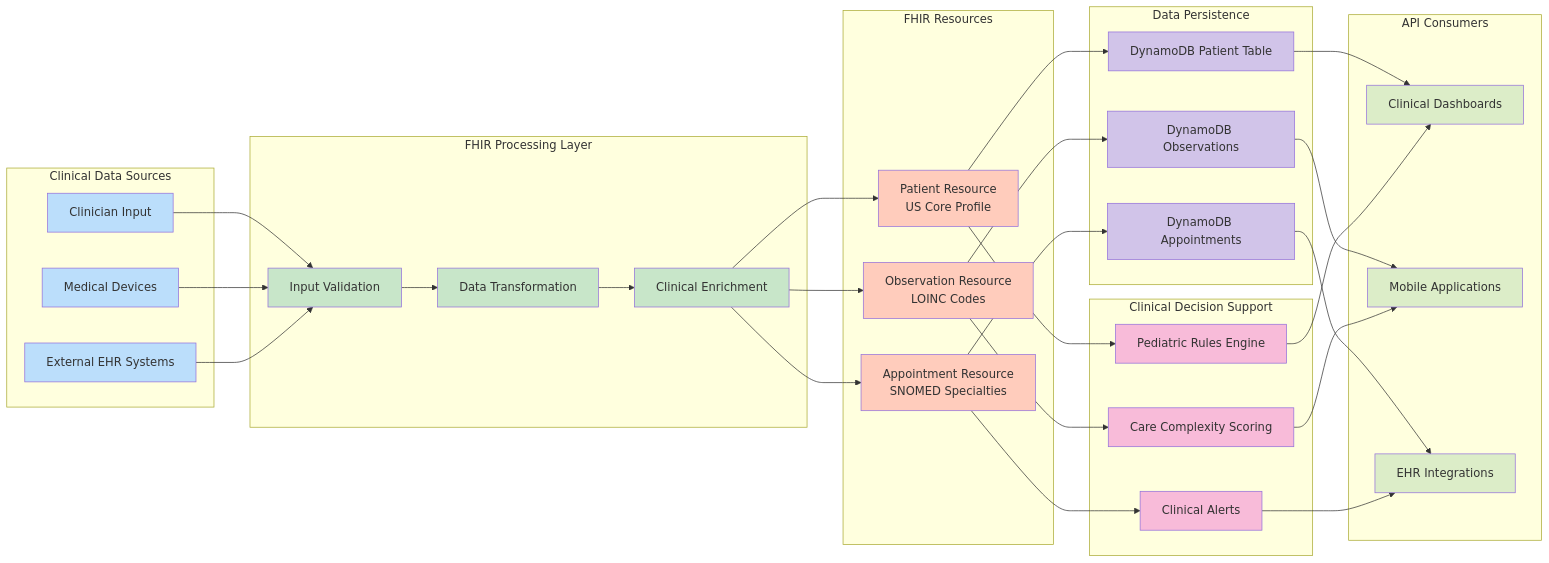
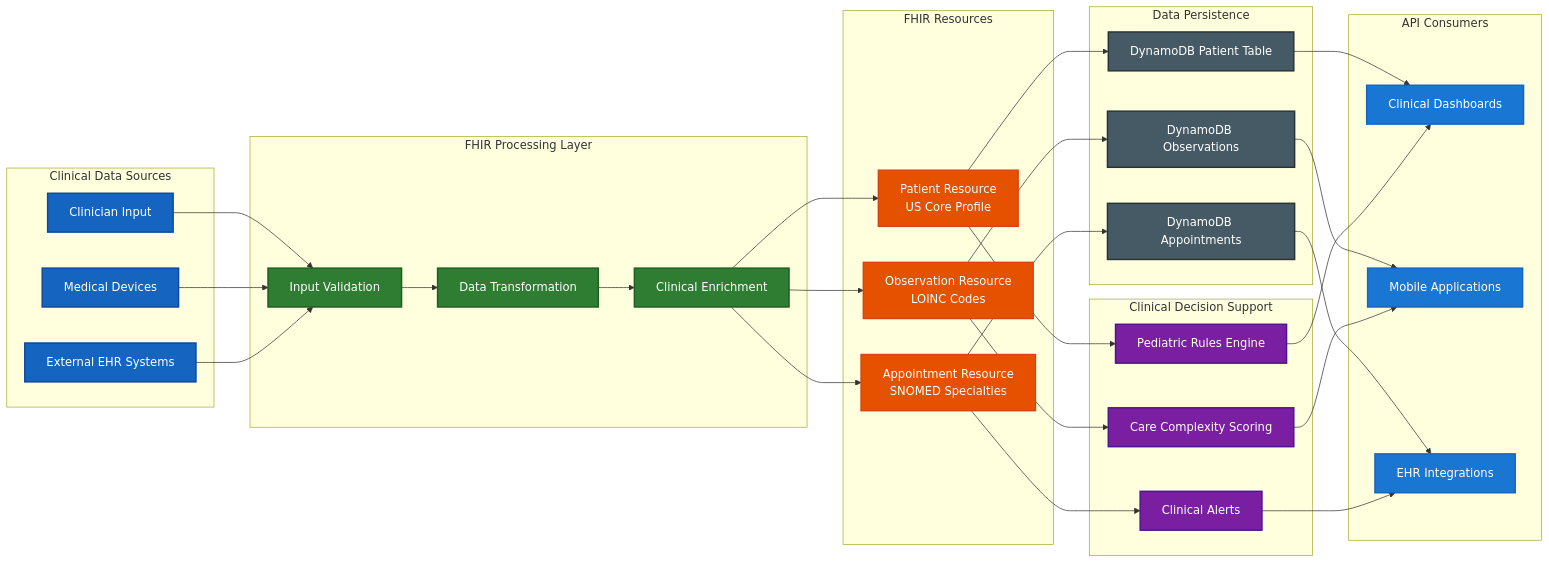
Before and after one commit to stevenscain/fhir-demo-node: the third of 4 diagrams in README.md, drawn with Mermaid. The commit also changed other lines of this file and 2 other files, not shown here.

First line of the commit message:
style: Improve Mermaid diagram readability with high-contrast colors

````diff
--- a/README.md
+++ b/README.md
@@ -430,81 +430,81 @@
 ```mermaid
 graph LR
     subgraph "Clinical Data Sources"
         CLINICIAN[Clinician Input]
         DEVICES[Medical Devices]
         EXTERNAL[External EHR Systems]
     end
     
     subgraph "FHIR Processing Layer"
         VALIDATE[Input Validation]
         TRANSFORM[Data Transformation]
         ENRICH[Clinical Enrichment]
     end
     
     subgraph "FHIR Resources"
         PATIENT_R["Patient Resource<br/>US Core Profile"]
         OBS_R["Observation Resource<br/>LOINC Codes"]
         APPT_R["Appointment Resource<br/>SNOMED Specialties"]
     end
     
     subgraph "Clinical Decision Support"
         PEDIATRIC[Pediatric Rules Engine]
         COMPLEXITY[Care Complexity Scoring]
         ALERTS[Clinical Alerts]
     end
     
     subgraph "Data Persistence"
         DYNAMO_P[DynamoDB Patient Table]
         DYNAMO_O[DynamoDB Observations]
         DYNAMO_A[DynamoDB Appointments]
     end
     
     subgraph "API Consumers"
         DASHBOARD[Clinical Dashboards]
         MOBILE[Mobile Applications]
         INTEGRATION[EHR Integrations]
     end
 
     %% Flow connections
     CLINICIAN --> VALIDATE
     DEVICES --> VALIDATE
     EXTERNAL --> VALIDATE
     
     VALIDATE --> TRANSFORM
     TRANSFORM --> ENRICH
     
     ENRICH --> PATIENT_R
     ENRICH --> OBS_R
     ENRICH --> APPT_R
     
     PATIENT_R --> PEDIATRIC
     OBS_R --> COMPLEXITY
     APPT_R --> ALERTS
     
     PATIENT_R --> DYNAMO_P
     OBS_R --> DYNAMO_O
     APPT_R --> DYNAMO_A
     
     DYNAMO_P --> DASHBOARD
     DYNAMO_O --> MOBILE
     DYNAMO_A --> INTEGRATION
     
     PEDIATRIC --> DASHBOARD
     COMPLEXITY --> MOBILE
     ALERTS --> INTEGRATION
 
     %% Styling
-    classDef source fill:#bbdefb
-    classDef processing fill:#c8e6c9
-    classDef resource fill:#ffccbc
-    classDef decision fill:#f8bbd9
-    classDef storage fill:#d1c4e9
-    classDef consumer fill:#dcedc8
+    classDef source fill:#1565C0,stroke:#0D47A1,stroke-width:2px,color:#FFFFFF
+    classDef processing fill:#2E7D32,stroke:#1B5E20,stroke-width:2px,color:#FFFFFF
+    classDef resource fill:#E65100,stroke:#D84315,stroke-width:2px,color:#FFFFFF
+    classDef decision fill:#7B1FA2,stroke:#4A148C,stroke-width:2px,color:#FFFFFF
+    classDef storage fill:#455A64,stroke:#263238,stroke-width:2px,color:#FFFFFF
+    classDef consumer fill:#1976D2,stroke:#1565C0,stroke-width:2px,color:#FFFFFF
 
     class CLINICIAN,DEVICES,EXTERNAL source
     class VALIDATE,TRANSFORM,ENRICH processing
     class PATIENT_R,OBS_R,APPT_R resource
     class PEDIATRIC,COMPLEXITY,ALERTS decision
     class DYNAMO_P,DYNAMO_O,DYNAMO_A storage
     class DASHBOARD,MOBILE,INTEGRATION consumer
 ```
````
